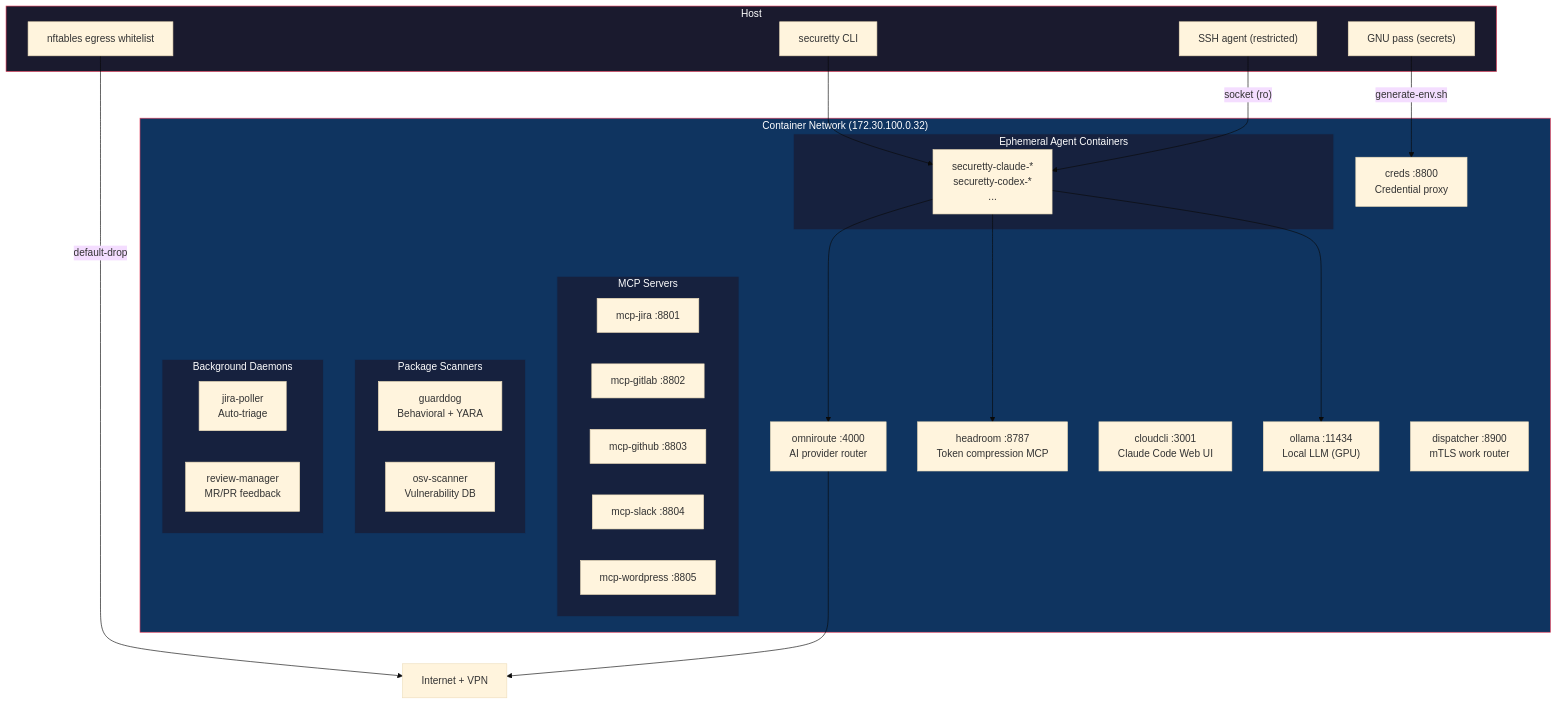
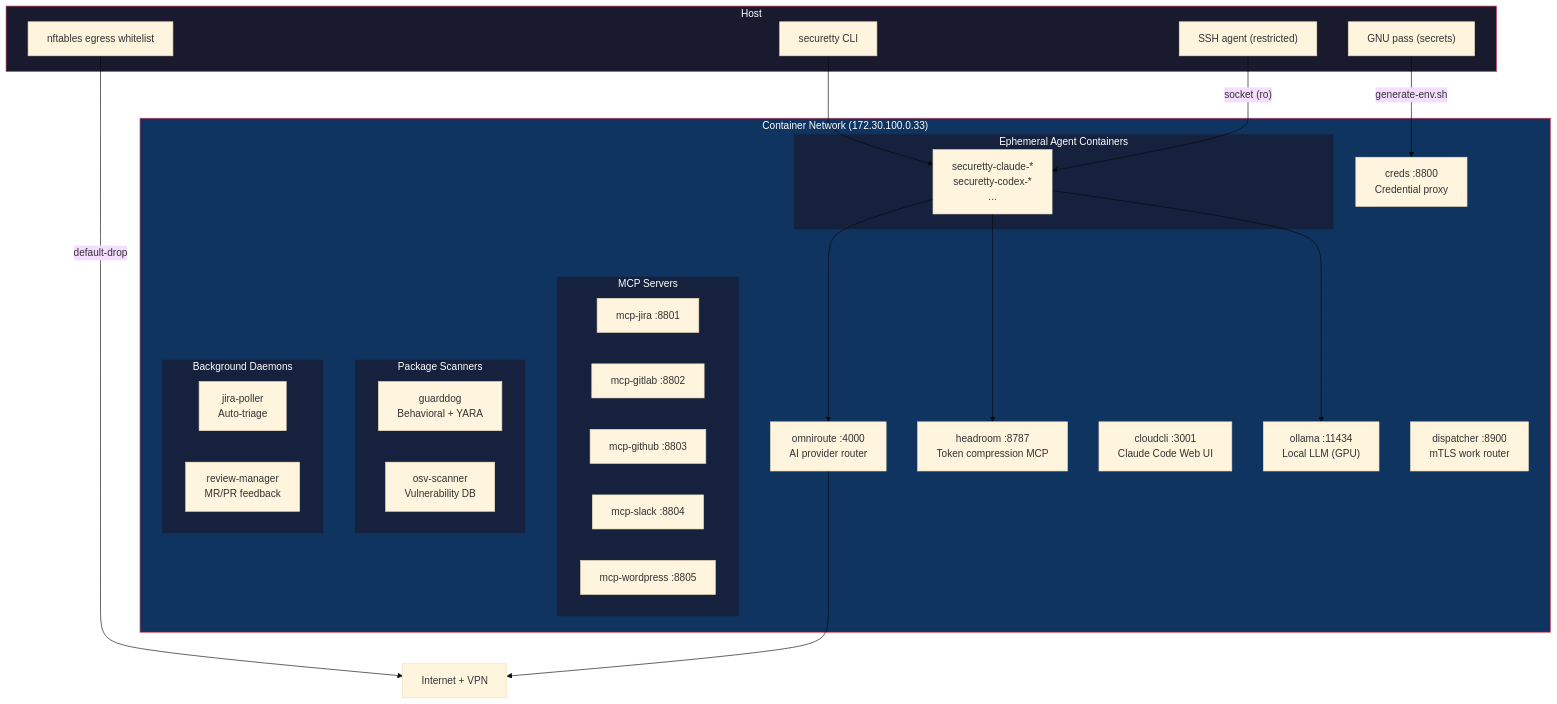
One commit to dmzoneill/securetty changed the first of 2 diagrams in README.md. Above: the diagram before and after it, drawn with Mermaid (base theme). The commit also changed 1 other file, not shown here.

Commit message:
chore: bump version to v0.0.33

````diff
--- a/README.md
+++ b/README.md
@@ -7,58 +7,58 @@
 ```mermaid
 graph TD
     Internet["Internet + VPN"]
 
     subgraph host["Host"]
         CLI["securetty CLI"]
         SSHAgent["SSH agent (restricted)"]
         Pass["GNU pass (secrets)"]
         Egress["nftables egress whitelist"]
     end
 
-    subgraph network["Container Network (172.30.100.0.32)"]
+    subgraph network["Container Network (172.30.100.0.33)"]
         OmniRoute["omniroute :4000\nAI provider router"]
         Headroom["headroom :8787\nToken compression MCP"]
         CloudCLI["cloudcli :3001\nClaude Code Web UI"]
         Ollama["ollama :11434\nLocal LLM (GPU)"]
         Creds["creds :8800\nCredential proxy"]
         Dispatcher["dispatcher :8900\nmTLS work router"]
 
         subgraph mcp["MCP Servers"]
             Jira["mcp-jira :8801"]
             GitLab["mcp-gitlab :8802"]
             GitHub["mcp-github :8803"]
             Slack["mcp-slack :8804"]
             WordPress["mcp-wordpress :8805"]
         end
 
         subgraph scanners["Package Scanners"]
             GuardDog["guarddog\nBehavioral + YARA"]
             OSV["osv-scanner\nVulnerability DB"]
         end
 
         subgraph agents["Ephemeral Agent Containers"]
             Dev["securetty-claude-*\nsecuretty-codex-*\n..."]
         end
 
         subgraph daemons["Background Daemons"]
             JiraPoller["jira-poller\nAuto-triage"]
             ReviewMgr["review-manager\nMR/PR feedback"]
         end
     end
 
     CLI --> Dev
     Pass -->|"generate-env.sh"| Creds
     SSHAgent -->|"socket (ro)"| Dev
     Egress -->|"default-drop"| Internet
     Dev --> OmniRoute
     Dev --> Headroom
     Dev --> Ollama
     OmniRoute --> Internet
 
     style network fill:#0f3460,stroke:#e94560,color:#fff
     style host fill:#1a1a2e,stroke:#e94560,color:#fff
     style mcp fill:#16213e,stroke:#0f3460,color:#fff
     style scanners fill:#16213e,stroke:#0f3460,color:#fff
     style agents fill:#16213e,stroke:#0f3460,color:#fff
     style daemons fill:#16213e,stroke:#0f3460,color:#fff
 ```
````
